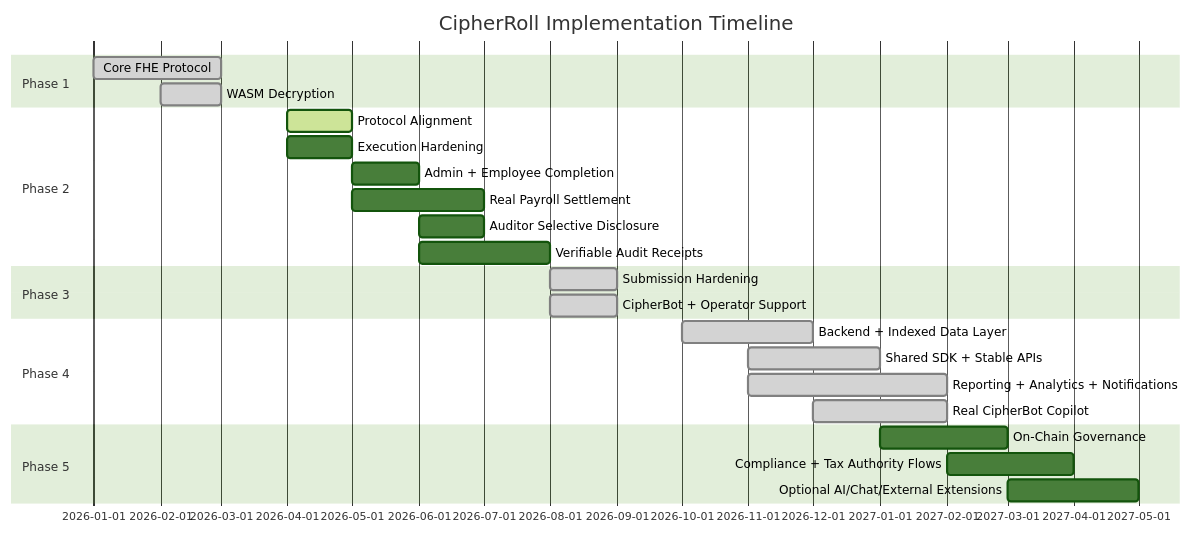
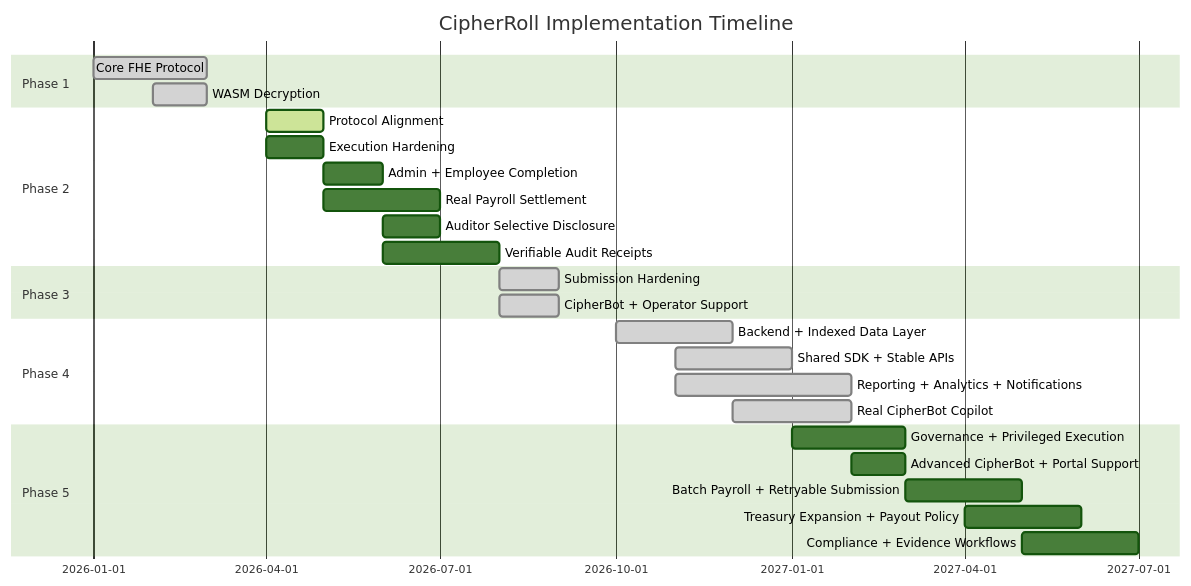
One commit to PhanTom497/CipherRoll changed the diagram in docs/ROADMAP.md. Above: the diagram before and after it, drawn with Mermaid (forest theme). The commit also changed other lines of this file and 29 other files, not shown here.

````diff
--- a/docs/ROADMAP.md
+++ b/docs/ROADMAP.md
@@ -206,27 +267,29 @@
 ```mermaid
 gantt
     title CipherRoll Implementation Timeline
     dateFormat YYYY-MM
     section Phase 1
     Core FHE Protocol :done, p1, 2026-01, 2026-03
     WASM Decryption :done, p2, 2026-02, 2026-03
     section Phase 2
     Protocol Alignment :active, p3, 2026-04, 2026-05
     Execution Hardening : p4, 2026-04, 2026-05
     Admin + Employee Completion : p5, 2026-05, 2026-06
     Real Payroll Settlement : p6, 2026-05, 2026-07
     Auditor Selective Disclosure : p7, 2026-06, 2026-07
     Verifiable Audit Receipts : p8, 2026-06, 2026-08
     section Phase 3
     Submission Hardening :done, p9, 2026-08, 2026-09
     CipherBot + Operator Support :done, p10, 2026-08, 2026-09
     section Phase 4
     Backend + Indexed Data Layer :done, p11, 2026-10, 2026-12
     Shared SDK + Stable APIs :done, p12, 2026-11, 2027-01
     Reporting + Analytics + Notifications :done, p13, 2026-11, 2027-02
     Real CipherBot Copilot :done, p14, 2026-12, 2027-02
     section Phase 5
-    On-Chain Governance : p15, 2027-01, 2027-03
-    Compliance + Tax Authority Flows : p16, 2027-02, 2027-04
-    Optional AI/Chat/External Extensions : p17, 2027-03, 2027-05
+    Governance + Privileged Execution : p15, 2027-01, 2027-03
+    Advanced CipherBot + Portal Support : p16, 2027-02, 2027-03
+    Batch Payroll + Retryable Submission : p17, 2027-03, 2027-05
+    Treasury Expansion + Payout Policy : p18, 2027-04, 2027-06
+    Compliance + Evidence Workflows : p19, 2027-05, 2027-07
 ```
````
